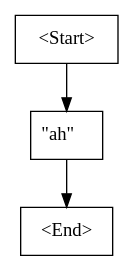
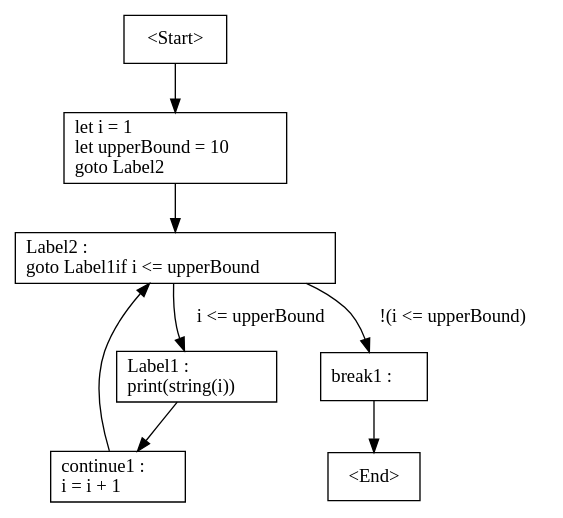
Before and after one commit to WaifuShork/Quartz: the diagram in src/Vivian.Interactive/bin/Debug/net5.0/cfg.dot, drawn with Graphviz. The commit also changed 39 other files, not shown here.

```diff
--- a/src/Vivian.Interactive/bin/Debug/net5.0/cfg.dot
+++ b/src/Vivian.Interactive/bin/Debug/net5.0/cfg.dot
@@ -1,7 +1,16 @@
 digraph G {
     N0 [label = "<Start>" shape = box]
-    N1 [label = "\"ah\"\l" shape = box]
-    N2 [label = "<End>" shape = box]
+    N1 [label = "let i = 1\llet upperBound = 10\lgoto Label2\l" shape = box]
+    N2 [label = "Label1 : \lprint(string(i))\l" shape = box]
+    N3 [label = "continue1 : \li = i + 1\l" shape = box]
+    N4 [label = "Label2 : \lgoto Label1if i <= upperBound\l" shape = box]
+    N5 [label = "break1 : \l" shape = box]
+    N6 [label = "<End>" shape = box]
     N0 -> N1 [label = ""]
-    N1 -> N2 [label = ""]
+    N1 -> N4 [label = ""]
+    N2 -> N3 [label = ""]
+    N3 -> N4 [label = ""]
+    N4 -> N2 [label = "i <= upperBound"]
+    N4 -> N5 [label = "!(i <= upperBound)"]
+    N5 -> N6 [label = ""]
 }
```
